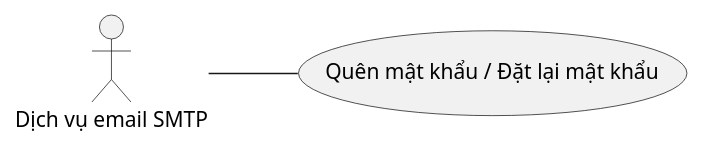
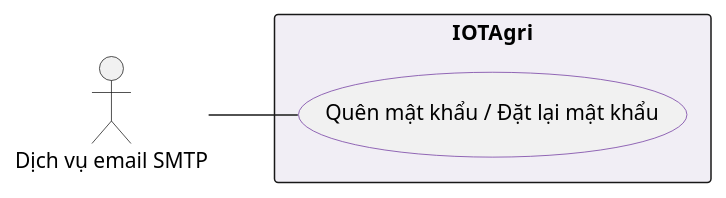
The fifth of 5 diagrams in docs/diagrams/use-case.puml (huuanh1411/IOTAgri), drawn with PlantUML before and after one commit. The commit also changed other lines of this file and 17 other files, not shown here.

Commit message:
docs: match UML reference with actors outside system boundary

```diff
--- a/docs/diagrams/use-case.puml
+++ b/docs/diagrams/use-case.puml
@@ -89,11 +105,15 @@
 @startuml use-case-smtp
 left to right direction
 skinparam actorStyle stickman
 skinparam shadowing false
 skinparam linetype polyline
-' Một sơ đồ cho mỗi actor; không dùng khung bao.
-' SVG do render-use-cases.py xuất có actor ở giữa, use case tỏa ra hai bên.
+skinparam usecaseBorderColor #7138A0
+skinparam rectangleBackgroundColor #F1EEF5
+' Actor ở ngoài khung hệ thống; các use case bố trí so le bên trong.
+' SVG do render-use-cases.py xuất giữ bố cục theo hình mẫu UML.
 actor "Dịch vụ email SMTP" as SMTP
-usecase "Quên mật khẩu / Đặt lại mật khẩu" as SMTPUC1
+rectangle "IOTAgri" {
+  usecase "Quên mật khẩu / Đặt lại mật khẩu" as SMTPUC1
+}
 SMTP -- SMTPUC1
 @enduml
```
